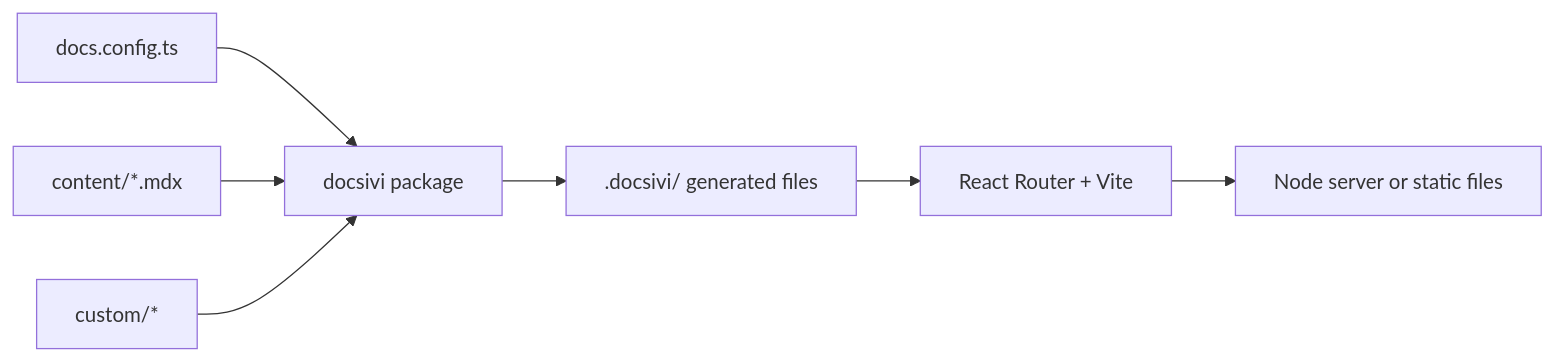
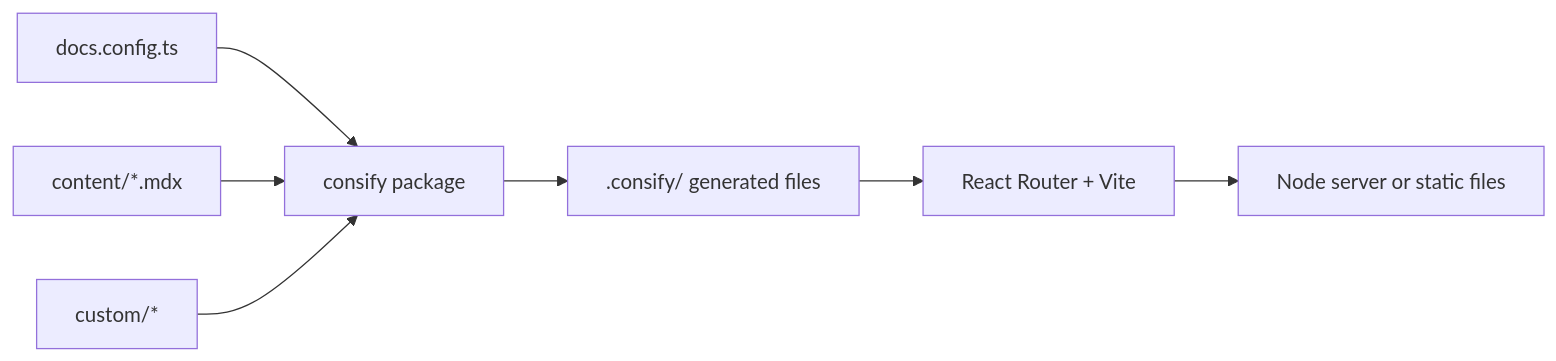
The diagram in apps/docs/content/docs/v0/concepts/index.mdx (shiz-ceo/consify), drawn with Mermaid before and after one commit. The commit also changed other lines of this file and 158 other files, not shown here.

First line of the commit message:
Rename the project from docsivi to consify

````diff
--- a/apps/docs/content/docs/v0/concepts/index.mdx
+++ b/apps/docs/content/docs/v0/concepts/index.mdx
@@ -12,9 +12,9 @@
 ```mermaid
 flowchart LR
-  A[docs.config.ts] --> P[docsivi package]
+  A[docs.config.ts] --> P[consify package]
   B[content/*.mdx] --> P
   C[custom/*] --> P
-  P --> G[.docsivi/ generated files]
+  P --> G[.consify/ generated files]
   G --> R[React Router + Vite]
   R --> O[Node server or static files]
 ```
````
